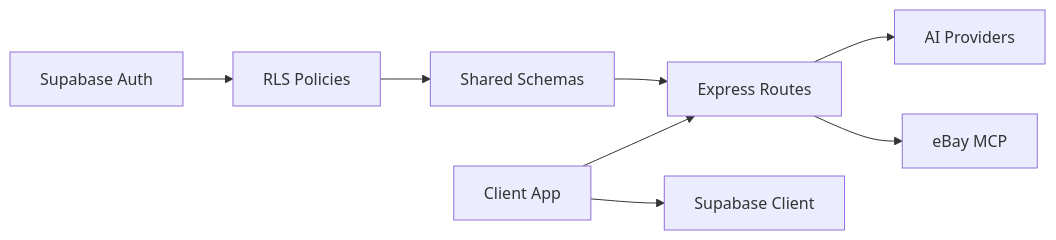
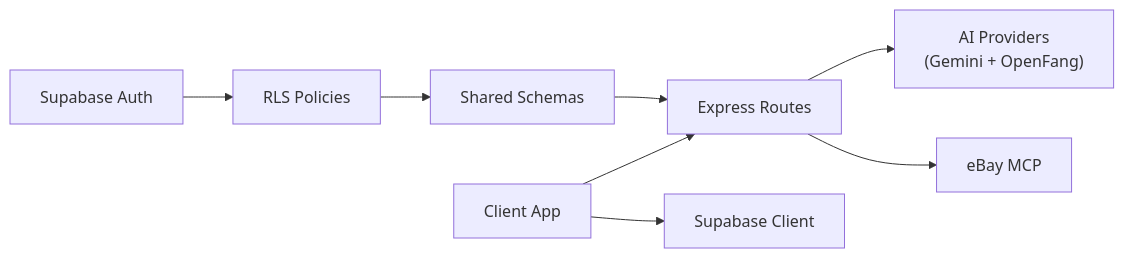
One commit to hunglevi87/Hidden-Gem changed the ninth of 9 diagrams in .qoder/repowiki/en/content/Architecture Overview/TRS Integration Plan.md. Above: the diagram before and after it, drawn with Mermaid. The commit also changed other lines of this file and 53 other files, not shown here.

First line of the commit message:
feat(ai-provider): set Gemini as default provider with OpenFang fallback

````diff
--- a/.qoder/repowiki/en/content/Architecture Overview/TRS Integration Plan.md
+++ b/.qoder/repowiki/en/content/Architecture Overview/TRS Integration Plan.md
@@ -453,10 +484,10 @@
 ```mermaid
 graph LR
 Auth["Supabase Auth"] --> RLS["RLS Policies"]
 RLS --> DB["Shared Schemas"]
 DB --> Routes["Express Routes"]
-Routes --> AI["AI Providers"]
+Routes --> AI["AI Providers<br/>(Gemini + OpenFang)"]
 Routes --> eBay["eBay MCP"]
 Client["Client App"] --> Routes
 Client --> Supabase["Supabase Client"]
 ```
````
